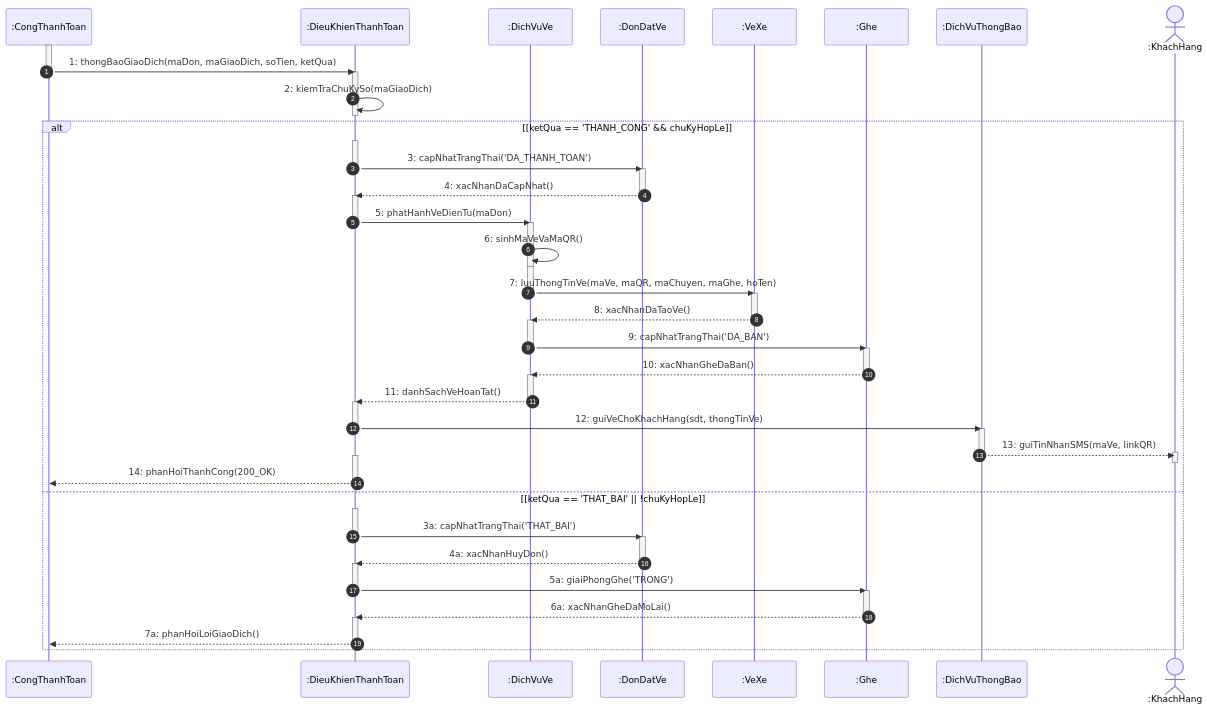
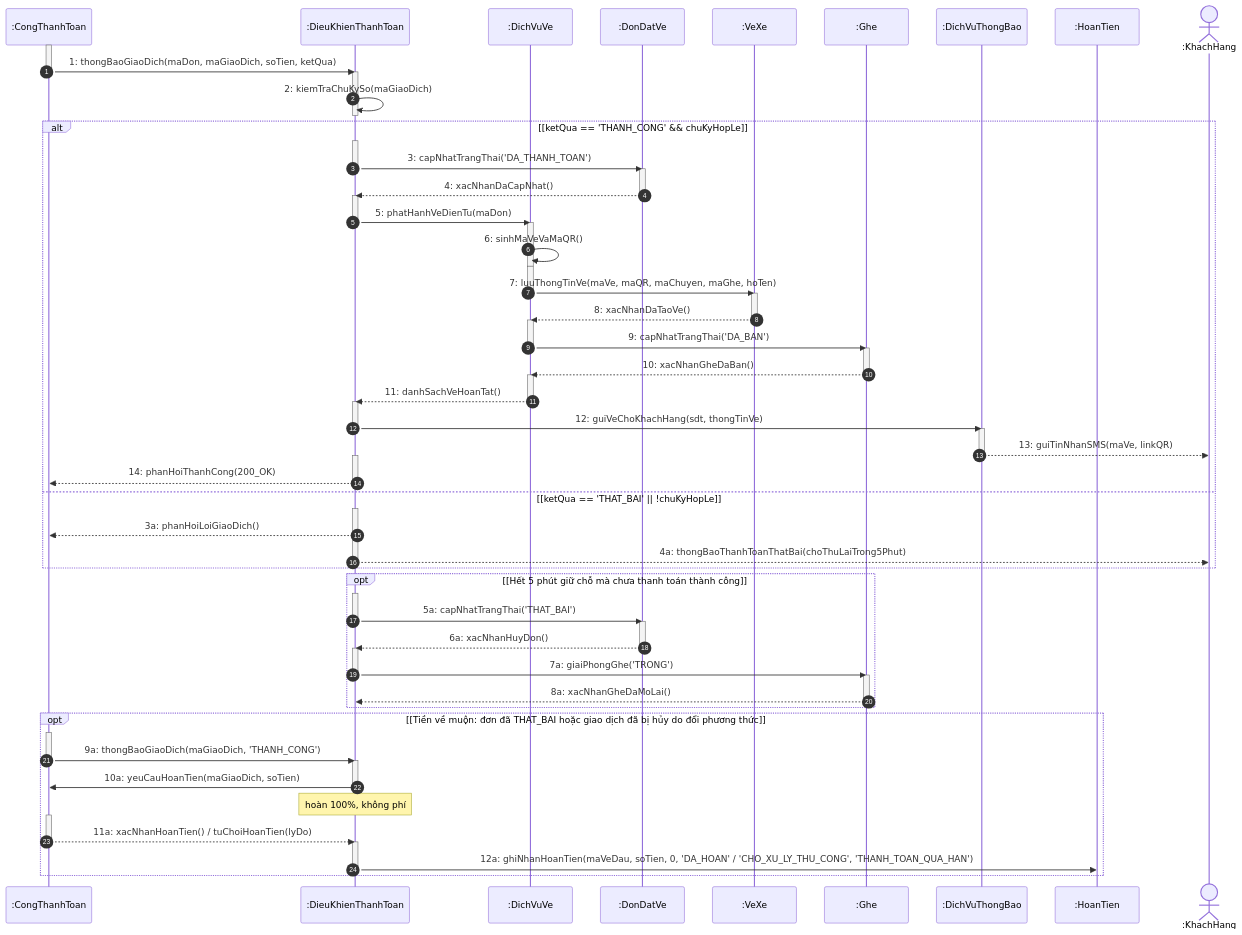
One commit to Longcodepro/Project_OOAD_HK1_2026-2027 changed the fourth of 22 diagrams in docs/sequence/Sequence_diagram.md. Above: the diagram before and after it, drawn with Mermaid. The commit also changed other lines of this file and 4 other files, not shown here.

````diff
--- a/docs/sequence/Sequence_diagram.md
+++ b/docs/sequence/Sequence_diagram.md
@@ -324,14 +341,15 @@
 ```mermaid
 sequenceDiagram
     autonumber
-    participant CTT as :CongThanhToan
-    participant DK_TT as :DieuKhienThanhToan
-    participant DV_Ve as :DichVuVe
-    participant DON as :DonDatVe
-    participant VE as :VeXe
-    participant GHE as :Ghe
-    participant DV_TB as :DichVuThongBao
-    actor KH as :KhachHang
+    participant CTT    as :CongThanhToan
+    participant DK_TT  as :DieuKhienThanhToan
+    participant DV_Ve  as :DichVuVe
+    participant DON    as :DonDatVe
+    participant VE     as :VeXe
+    participant GHE    as :Ghe
+    participant DV_TB  as :DichVuThongBao
+    participant HT     as :HoanTien
+    actor KH     as :KhachHang
 
     activate CTT
     CTT ->> DK_TT: 1: thongBaoGiaoDich(maDon, maGiaoDich, soTien, ketQua)
@@ -339,7 +357,6 @@
     activate DK_TT
     DK_TT ->> DK_TT: 2: kiemTraChuKySo(maGiaoDich)
     deactivate DK_TT
-
     alt [ketQua == 'THANH_CONG' && chuKyHopLe]
         activate DK_TT
         DK_TT ->> DON: 3: capNhatTrangThai('DA_THANH_TOAN')
@@ -347,21 +364,18 @@
         activate DON
         DON -->> DK_TT: 4: xacNhanDaCapNhat()
         deactivate DON
-
         activate DK_TT
         DK_TT ->> DV_Ve: 5: phatHanhVeDienTu(maDon)
         deactivate DK_TT
         activate DV_Ve
         DV_Ve ->> DV_Ve: 6: sinhMaVeVaMaQR()
         deactivate DV_Ve
-
         activate DV_Ve
         DV_Ve ->> VE: 7: luuThongTinVe(maVe, maQR, maChuyen, maGhe, hoTen)
         deactivate DV_Ve
         activate VE
         VE -->> DV_Ve: 8: xacNhanDaTaoVe()
         deactivate VE
-
         activate DV_Ve
         DV_Ve ->> GHE: 9: capNhatTrangThai('DA_BAN')
         deactivate DV_Ve
@@ -371,36 +385,50 @@
         activate DV_Ve
         DV_Ve -->> DK_TT: 11: danhSachVeHoanTat()
         deactivate DV_Ve
-
         activate DK_TT
         DK_TT ->> DV_TB: 12: guiVeChoKhachHang(sdt, thongTinVe)
         deactivate DK_TT
         activate DV_TB
         DV_TB -->> KH: 13: guiTinNhanSMS(maVe, linkQR)
         deactivate DV_TB
-        activate KH
-        deactivate KH
-
         activate DK_TT
         DK_TT -->> CTT: 14: phanHoiThanhCong(200_OK)
         deactivate DK_TT
     else [ketQua == 'THAT_BAI' || !chuKyHopLe]
         activate DK_TT
-        DK_TT ->> DON: 3a: capNhatTrangThai('THAT_BAI')
+        DK_TT -->> CTT: 3a: phanHoiLoiGiaoDich()
+        deactivate DK_TT
+        activate DK_TT
+        DK_TT -->> KH: 4a: thongBaoThanhToanThatBai(choThuLaiTrong5Phut)
+        deactivate DK_TT
+    end
+    opt [Hết 5 phút giữ chỗ mà chưa thanh toán thành công]
+        activate DK_TT
+        DK_TT ->> DON: 5a: capNhatTrangThai('THAT_BAI')
         deactivate DK_TT
         activate DON
-        DON -->> DK_TT: 4a: xacNhanHuyDon()
+        DON -->> DK_TT: 6a: xacNhanHuyDon()
         deactivate DON
-
         activate DK_TT
-        DK_TT ->> GHE: 5a: giaiPhongGhe('TRONG')
+        DK_TT ->> GHE: 7a: giaiPhongGhe('TRONG')
         deactivate DK_TT
         activate GHE
-        GHE -->> DK_TT: 6a: xacNhanGheDaMoLai()
+        GHE -->> DK_TT: 8a: xacNhanGheDaMoLai()
         deactivate GHE
-
+    end
+    opt [Tiền về muộn: đơn đã THAT_BAI hoặc giao dịch đã bị hủy do đổi phương thức]
+        activate CTT
+        CTT ->> DK_TT: 9a: thongBaoGiaoDich(maGiaoDich, 'THANH_CONG')
+        deactivate CTT
         activate DK_TT
-        DK_TT -->> CTT: 7a: phanHoiLoiGiaoDich()
+        DK_TT ->> CTT: 10a: yeuCauHoanTien(maGiaoDich, soTien)
+        deactivate DK_TT
+        Note over DK_TT: hoàn 100%, không phí
+        activate CTT
+        CTT -->> DK_TT: 11a: xacNhanHoanTien() / tuChoiHoanTien(lyDo)
+        deactivate CTT
+        activate DK_TT
+        DK_TT ->> HT: 12a: ghiNhanHoanTien(maVeDau, soTien, 0, 'DA_HOAN' / 'CHO_XU_LY_THU_CONG', 'THANH_TOAN_QUA_HAN')
         deactivate DK_TT
     end
 ```
````
